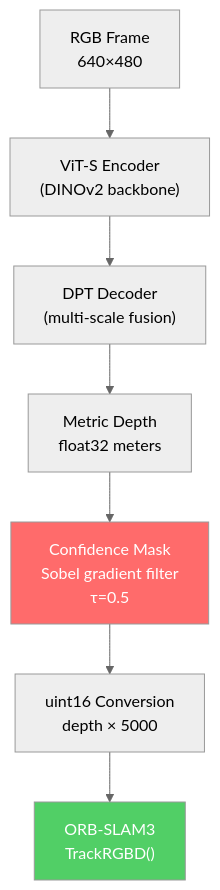
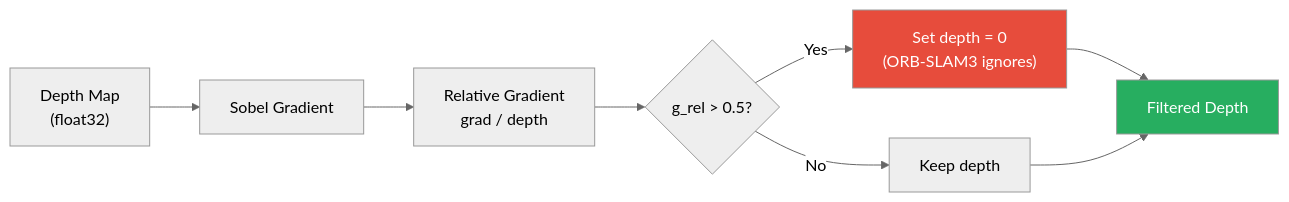
The second of 2 diagrams in README.md (pratap424/pseudo_rgbd_slam), drawn with Mermaid (neutral theme) before and after one commit. The commit also changed other lines of this file and 6 other files, not shown here.

Commit message:
Honest graphs from measured data only, trim README, separate measured vs projected in report

````diff
--- a/README.md
+++ b/README.md
@@ -83,12 +97,13 @@
 ```mermaid
-graph TD
-    RGB["RGB Frame<br/>640×480"] --> VIT["ViT-S Encoder<br/>(DINOv2 backbone)"]
-    VIT --> DPT["DPT Decoder<br/>(multi-scale fusion)"]
-    DPT --> DEPTH["Metric Depth<br/>float32 meters"]
-    DEPTH --> MASK["Confidence Mask<br/>Sobel gradient filter<br/>τ=0.5"]
-    MASK --> UINT["uint16 Conversion<br/>depth × 5000"]
-    UINT --> SLAM["ORB-SLAM3<br/>TrackRGBD()"]
+graph LR
+    D["Depth Map<br/>(float32)"] --> S["Sobel Gradient"]
+    S --> R["Relative Gradient<br/>grad / depth"]
+    R --> T{"g_rel > 0.5?"}
+    T -->|Yes| Z["Set depth = 0<br/>(ORB-SLAM3 ignores)"]
+    T -->|No| K["Keep depth"]
+    Z --> O["Filtered Depth"]
+    K --> O
 
-    style MASK fill:#ff6b6b,color:#fff
-    style SLAM fill:#51cf66,color:#fff
+    style Z fill:#e74c3c,color:#fff
+    style O fill:#27ae60,color:#fff
 ```
````
